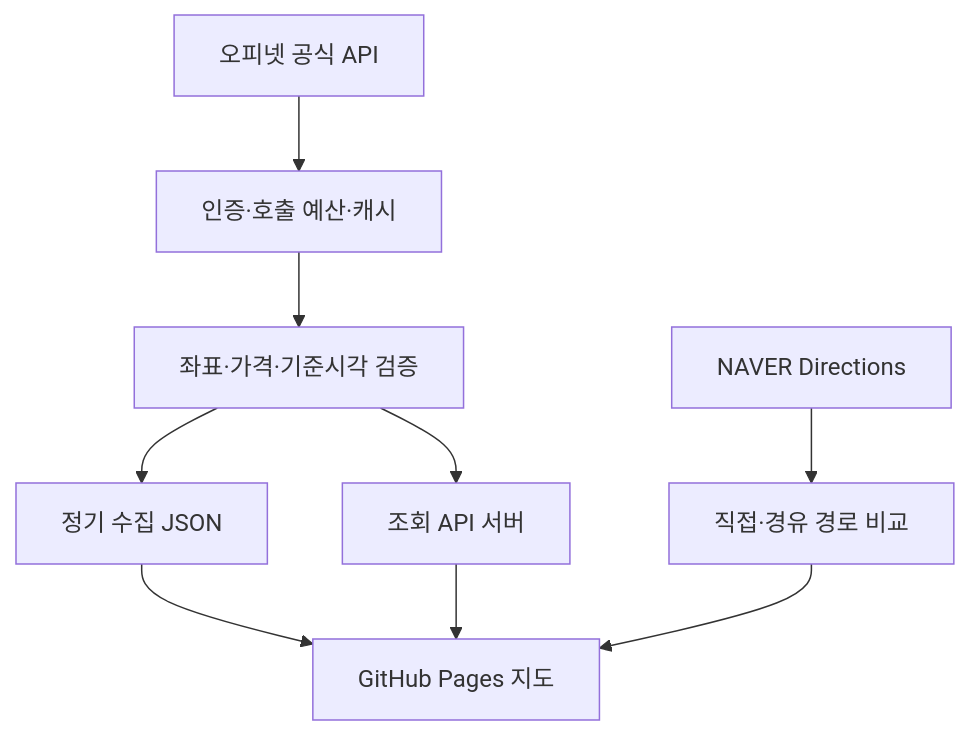
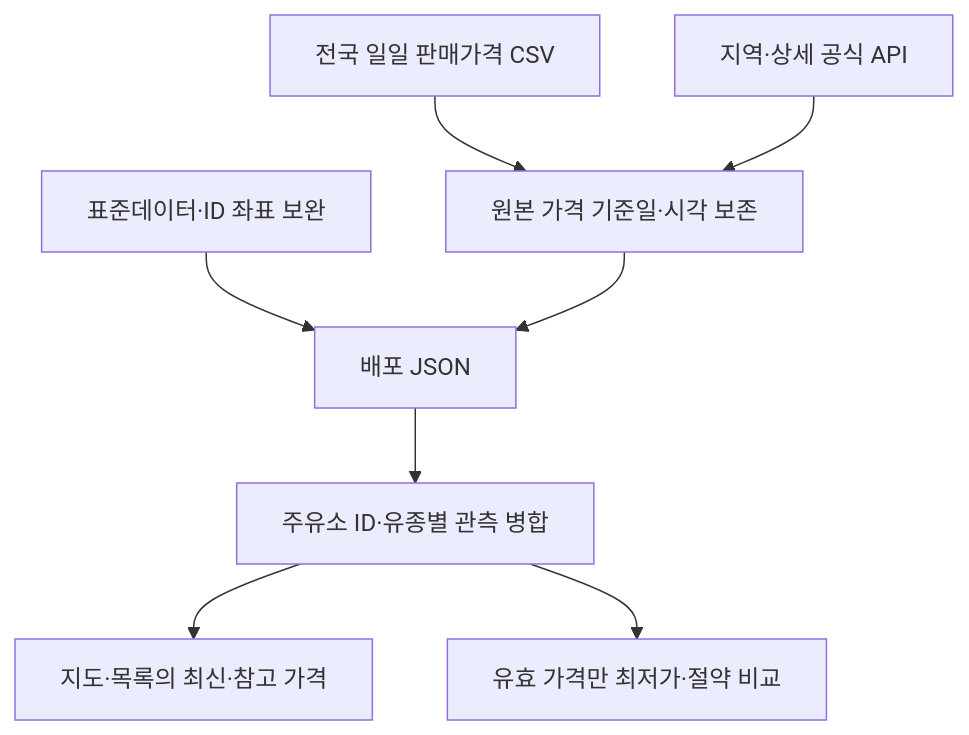
Before and after one commit to softm/juyuhannun: the diagram in README.md, drawn with Mermaid. The commit also changed other lines of this file and 26 other files, not shown here.

````diff
--- a/README.md
+++ b/README.md
@@ -63,11 +67,10 @@
 ```mermaid
 flowchart TD
-    A[오피넷 공식 API] --> B[인증·호출 예산·캐시]
-    B --> C[좌표·가격·기준시각 검증]
-    C --> D[정기 수집 JSON]
-    C --> E[조회 API 서버]
-    D --> F[GitHub Pages 지도]
-    E --> F
-    G[NAVER Directions] --> H[직접·경유 경로 비교]
-    H --> F
+    A[전국 일일 판매가격 CSV] --> C[원본 가격 기준일·시각 보존]
+    B[지역·상세 공식 API] --> C
+    D[표준데이터·ID 좌표 보완] --> E[배포 JSON]
+    C --> E
+    E --> F[주유소 ID·유종별 관측 병합]
+    F --> G[지도·목록의 최신·참고 가격]
+    F --> H[유효 가격만 최저가·절약 비교]
 ```
````
